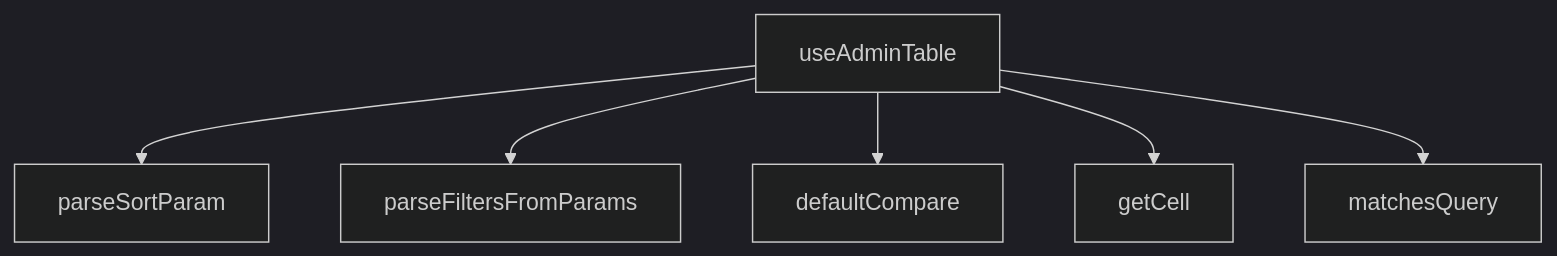
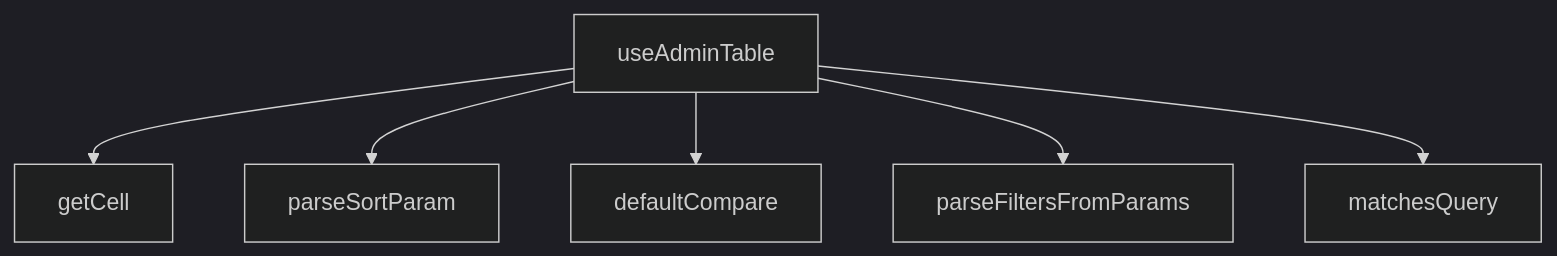
One commit to peckop/venthub-hvac-esite changed the diagram in src/hooks/useAdminTable.md. Above: the diagram before and after it, drawn with Mermaid (dark theme). The commit also changed other lines of this file and 429 other files, not shown here.

````diff
--- a/src/hooks/useAdminTable.md
+++ b/src/hooks/useAdminTable.md
@@ -420,14 +436,14 @@
 ```mermaid
 graph TD
     useAdminTable_ts__defaultCompare["defaultCompare"]
     useAdminTable_ts__getCell["getCell"]
     useAdminTable_ts__matchesQuery["matchesQuery"]
     useAdminTable_ts__parseFiltersFromParams["parseFiltersFromParams"]
     useAdminTable_ts__parseSortParam["parseSortParam"]
     useAdminTable_ts__useAdminTable["useAdminTable"]
+    useAdminTable_ts__useAdminTable --> useAdminTable_ts__getCell
     useAdminTable_ts__useAdminTable --> useAdminTable_ts__parseSortParam
+    useAdminTable_ts__useAdminTable --> useAdminTable_ts__defaultCompare
     useAdminTable_ts__useAdminTable --> useAdminTable_ts__parseFiltersFromParams
-    useAdminTable_ts__useAdminTable --> useAdminTable_ts__defaultCompare
-    useAdminTable_ts__useAdminTable --> useAdminTable_ts__getCell
     useAdminTable_ts__useAdminTable --> useAdminTable_ts__matchesQuery
 ```
````
